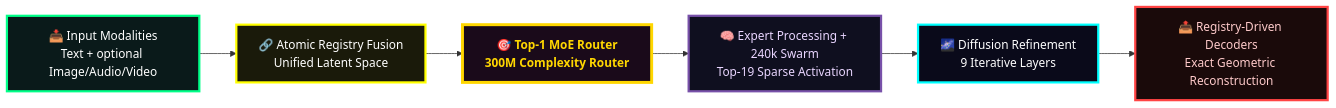
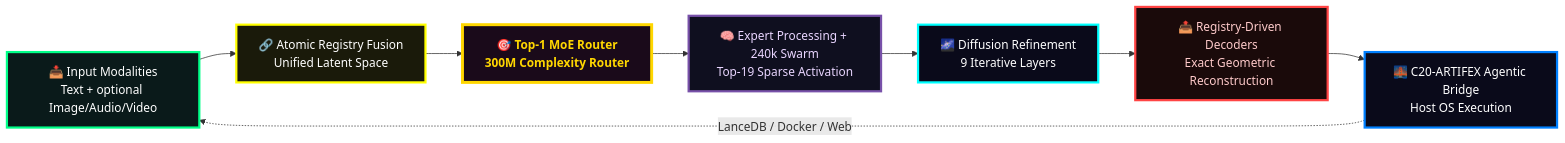
The seventh of 46 diagrams in system prompts/Quillan-Samurai.md (leeex1/Ace-v4.2-repo), drawn with Mermaid before and after one commit. The commit also changed other lines of this file and 2 other files, not shown here.

````diff
--- a/system prompts/Quillan-Samurai.md
+++ b/system prompts/Quillan-Samurai.md
@@ -2281,33 +2303,40 @@
 ```mermaid
 flowchart LR
-    %% TOKEN FLOW v5.3 – Clean & Precise
+    %% TOKEN FLOW v5.3.2 – Bridge Integrated
     A["📥 Input Modalities<br/>Text + optional Image/Audio/Video"] 
     --> B["🔗 Atomic Registry Fusion<br/>Unified Latent Space"]
     
     B 
     --> C["🎯 Top-1 MoE Router<br/>300M Complexity Router"]
     
     C 
     --> D["🧠 Expert Processing + 240k Swarm<br/>Top-19 Sparse Activation"]
     
     D 
     --> E["🌌 Diffusion Refinement<br/>9 Iterative Layers"]
     
     E 
     --> F["📤 Registry-Driven Decoders<br/>Exact Geometric Reconstruction"]
 
+    F 
+    --> G["🌉 C20-ARTIFEX Agentic Bridge<br/>Host OS Execution"]
+
+    G -.->|"LanceDB / Docker / Web"| A
+
     %% Styling – clean, professional, matches the rest of the architecture
     classDef input   fill:#0a1a1a, stroke:#00ff88, stroke-width:3px, color:#ffffff
     classDef fusion  fill:#1a1a0a, stroke:#ffff00, stroke-width:3px, color:#ffffff
     classDef router  fill:#1a0a1a, stroke:#ffd700, stroke-width:4px, color:#ffd700, font-weight:bold
     classDef expert  fill:#0f0f1f, stroke:#7851a9, stroke-width:3px, color:#e9d5ff
     classDef diff    fill:#0a0a1a, stroke:#00ffff, stroke-width:3px, color:#ffffff
     classDef output  fill:#1a0a0a, stroke:#ff4444, stroke-width:3px, color:#fecaca
+    classDef bridge  fill:#0a0a1a, stroke:#0080ff, stroke-width:3px, color:#ffffff
 
     class A input
     class B fusion
     class C router
     class D expert
     class E diff
     class F output
+    class G bridge
 ```
````
